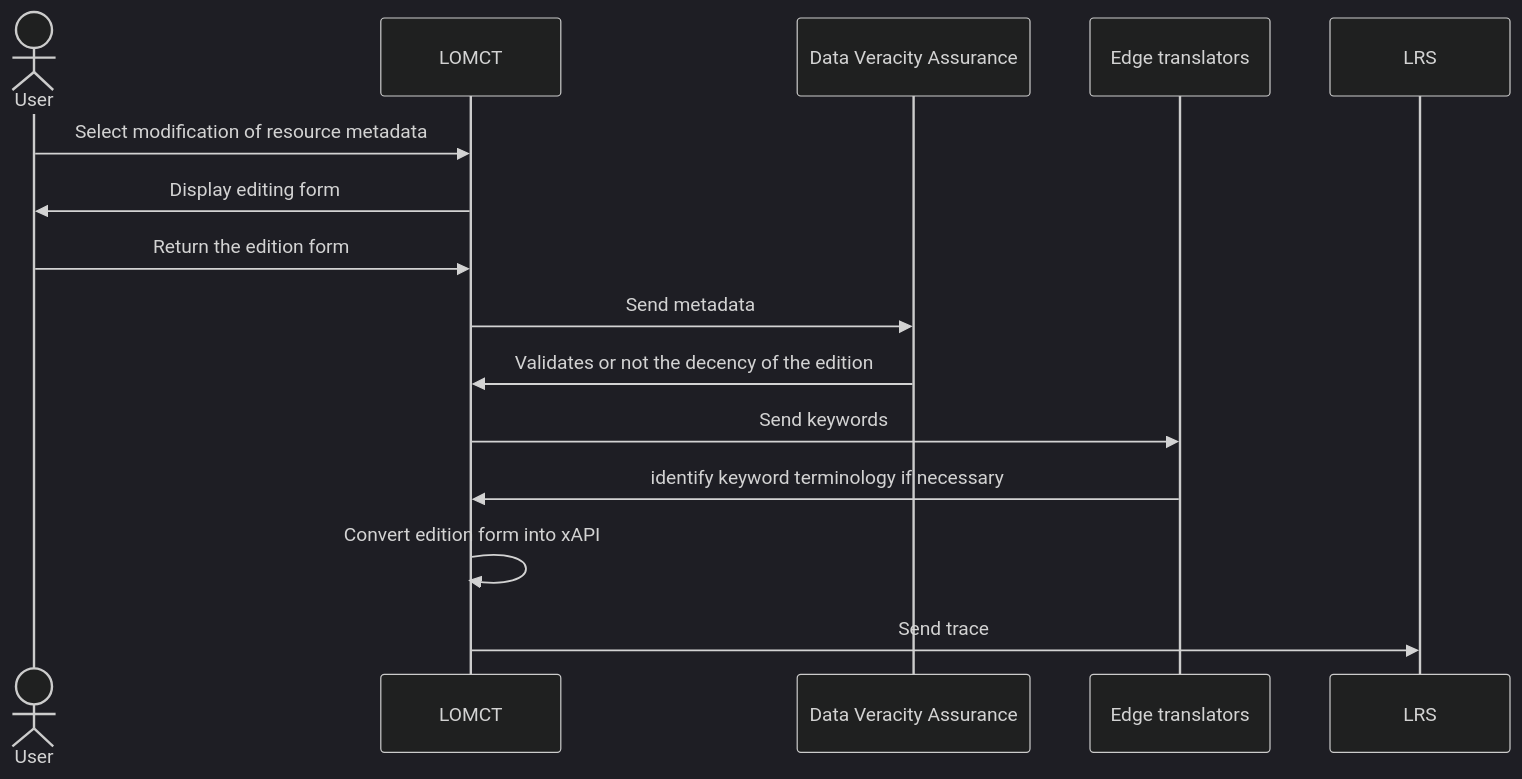
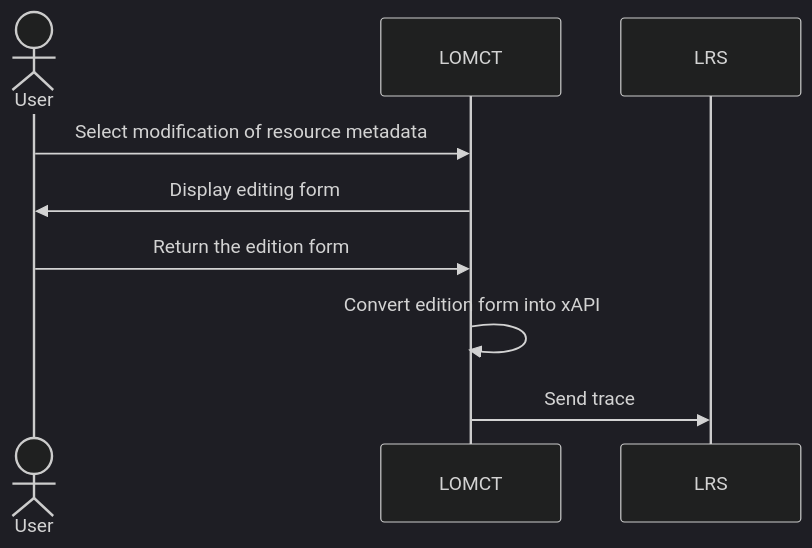
Before and after one commit to Prometheus-X-association/lomct: the fourth of 4 diagrams in docs/design-document.md, drawn with Mermaid (dark theme). The commit also changed other lines of this file, not shown here.

````diff
--- a/docs/design-document.md
+++ b/docs/design-document.md
@@ -651,13 +638,9 @@
 ```mermaid
 sequenceDiagram
    actor User as User
    User->>LOMCT: Select modification of resource metadata
    LOMCT->>User: Display editing form
    User->>LOMCT: Return the edition form
-   LOMCT->>Data Veracity Assurance: Send metadata
-   Data Veracity Assurance->>LOMCT: Validates or not the decency of the edition
-   LOMCT->>Edge translators: Send keywords
-   Edge translators->>LOMCT: identify keyword terminology if necessary
    LOMCT->>LOMCT: Convert edition form into xAPI
    LOMCT->>LRS: Send trace
 ```
````
